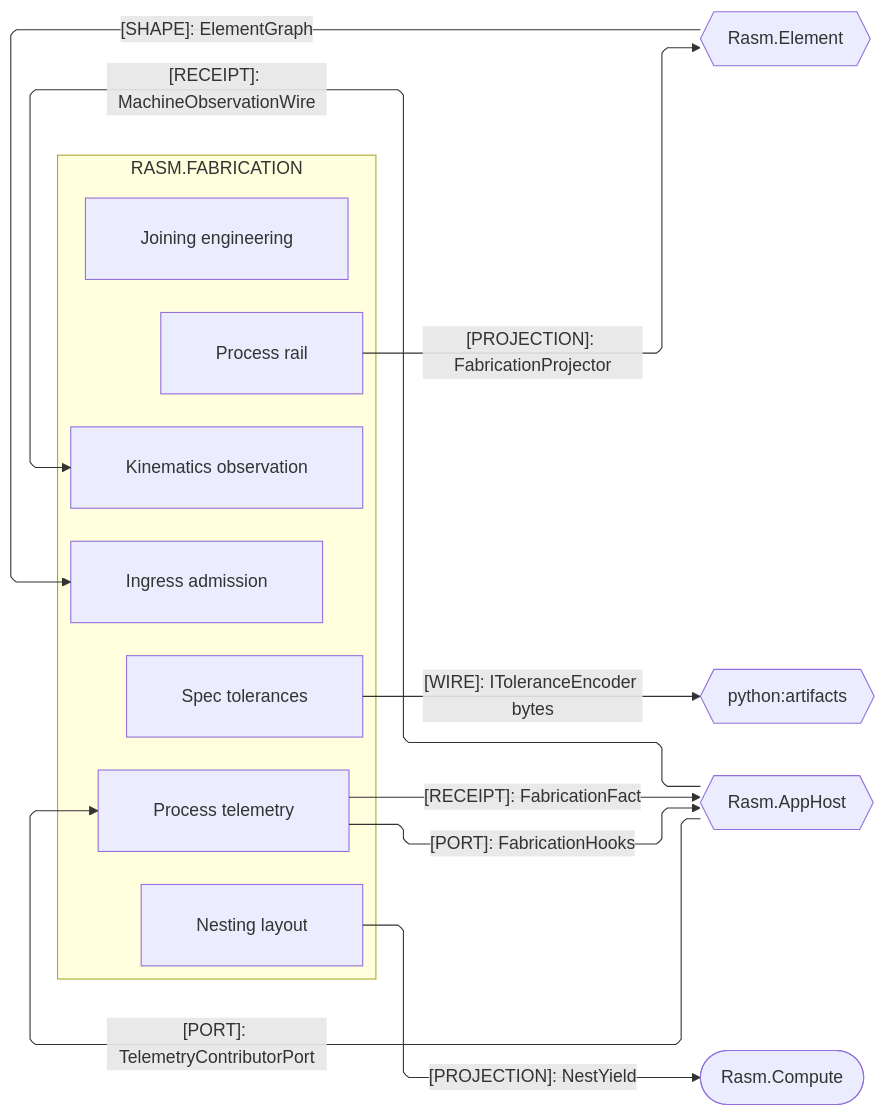
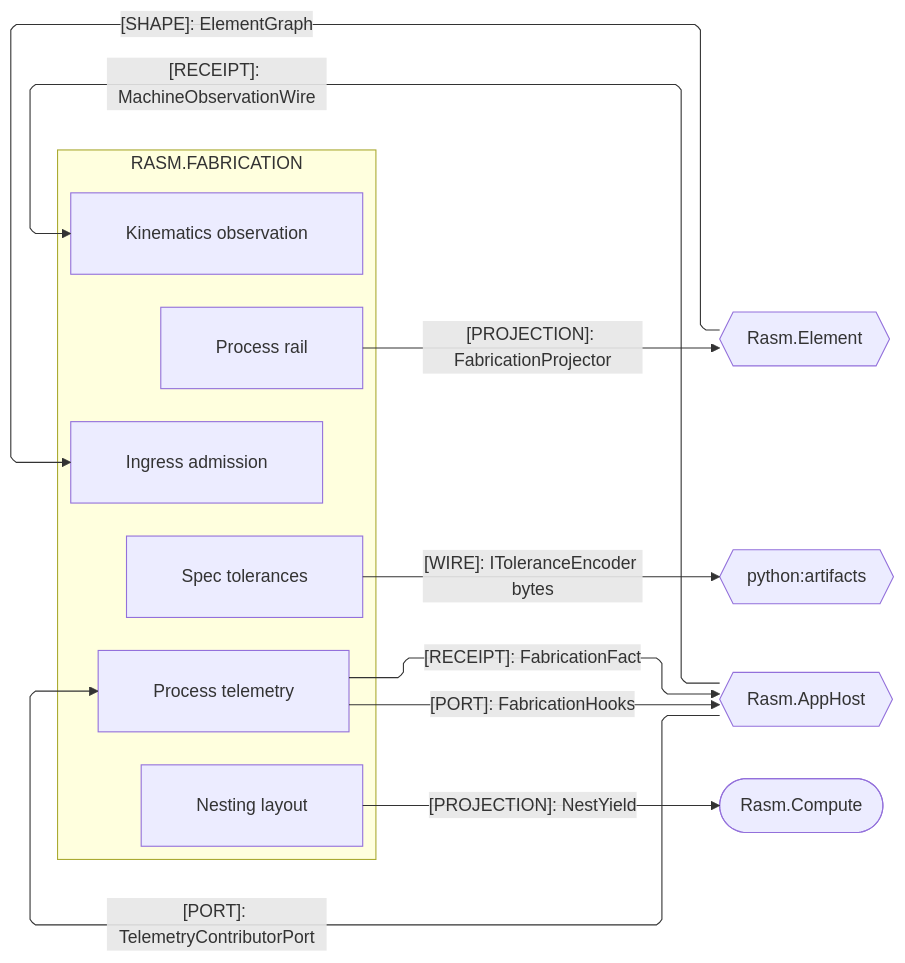
Before and after one commit to bsamiee/Rasm: the second of 3 diagrams in libs/csharp/Rasm.Fabrication/ARCHITECTURE.md, drawn with Mermaid. The commit also changed other lines of this file and 108 other files, not shown here.

Commit message:
Land the coldpass doc-set deltas across README, ARCHITECTURE, RULINGS, IDEAS, and TASKLOG files

````diff
--- a/libs/csharp/Rasm.Fabrication/ARCHITECTURE.md
+++ b/libs/csharp/Rasm.Fabrication/ARCHITECTURE.md
@@ -195,33 +198,32 @@
 ```mermaid
 ---
 config:
   layout: elk
   flowchart:
     curve: linear
     padding: 25
 ---
 flowchart LR
     accTitle: Fabrication AEC-domain peer seams
     accDescr: Fabrication owners exchanging projector, graph, tolerance, yield, and telemetry contracts with the AEC peers and the artifacts plane.
     subgraph fabrication[RASM.FABRICATION]
         Process[Process rail]
         Telemetry[Process telemetry]
         Ingress[Ingress admission]
-        Joining[Joining engineering]
         Kinematics[Kinematics observation]
         Nesting[Nesting layout]
         Spec[Spec tolerances]
     end
     Element{{Rasm.Element}}
     Artifacts{{python:artifacts}}
     AppHost{{Rasm.AppHost}}
     Compute([Rasm.Compute])
     Process e1@-->|"[PROJECTION]: FabricationProjector"| Element
     Element e2@-->|"[SHAPE]: ElementGraph"| Ingress
     Spec e8@-->|"[WIRE]: IToleranceEncoder bytes"| Artifacts
     Telemetry e9@-->|"[RECEIPT]: FabricationFact"| AppHost
     AppHost e10@-->|"[PORT]: TelemetryContributorPort"| Telemetry
     Telemetry e11@-->|"[PORT]: FabricationHooks"| AppHost
     AppHost e12@-->|"[RECEIPT]: MachineObservationWire"| Kinematics
     Nesting e13@-->|"[PROJECTION]: NestYield"| Compute
 ```
````
